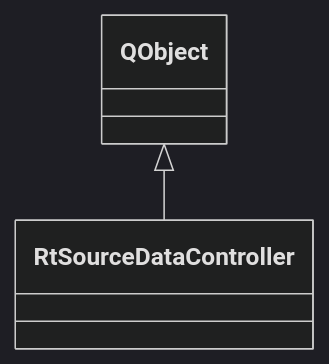
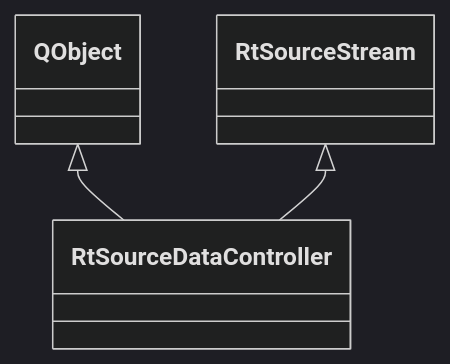
One commit to mne-tools/mne-cpp changed the diagram in doc/website/docs/api/viz-qt/rt-source-data-controller.mdx. Above: the diagram before and after it, drawn with Mermaid (dark theme). The commit also changed other lines of this file and 16 other files, not shown here.

````diff
--- a/doc/website/docs/api/viz-qt/rt-source-data-controller.mdx
+++ b/doc/website/docs/api/viz-qt/rt-source-data-controller.mdx
@@ -56,4 +24,6 @@
 ```mermaid
 classDiagram
     QObject <|-- RtSourceDataController
+    RtSourceStream <|-- RtSourceDataController
+    click RtSourceStream href "../../viz/rt-source-stream/"
 ```
````
